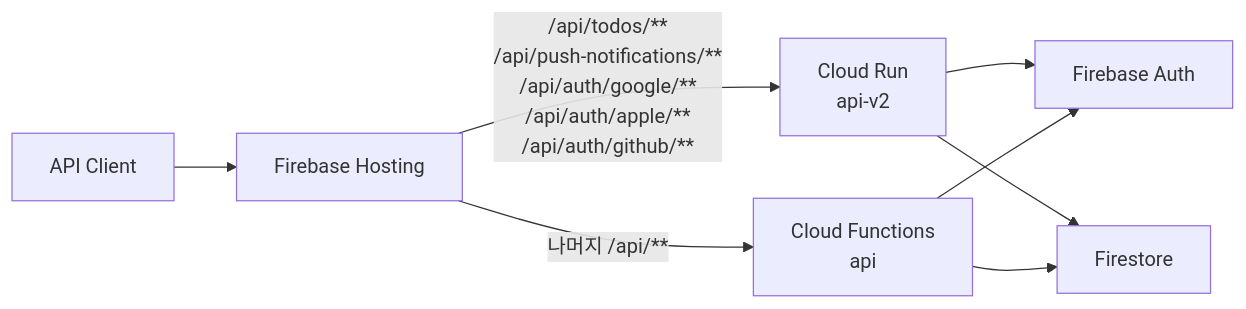
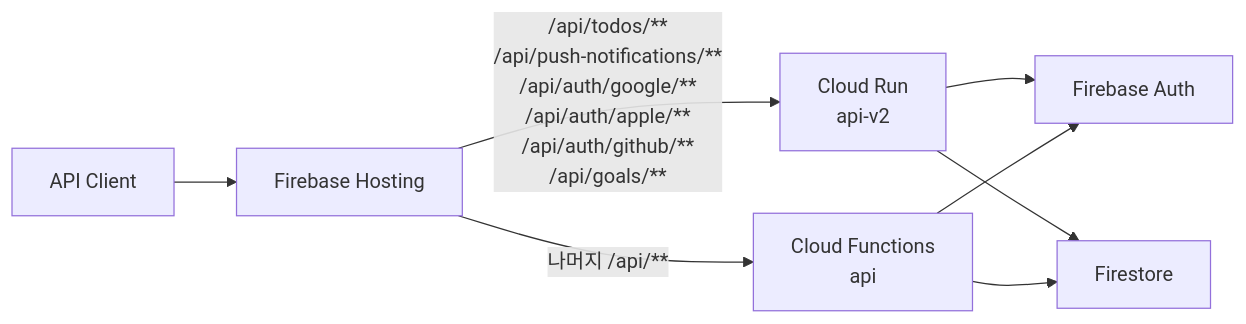
Before and after one commit to DevLog-Labs/Firebase: the diagram in README.md, drawn with Mermaid. The commit also changed other lines of this file and 22 other files, not shown here.

````diff
--- a/README.md
+++ b/README.md
@@ -17,10 +17,10 @@
 ```mermaid
 flowchart LR
 	Client["API Client"] --> Hosting["Firebase Hosting"]
-	Hosting -->|"/api/todos/**<br/>/api/push-notifications/**<br/>/api/auth/google/**<br/>/api/auth/apple/**<br/>/api/auth/github/**"| CloudRun["Cloud Run<br/>api-v2"]
+	Hosting -->|"/api/todos/**<br/>/api/push-notifications/**<br/>/api/auth/google/**<br/>/api/auth/apple/**<br/>/api/auth/github/**<br/>/api/goals/**"| CloudRun["Cloud Run<br/>api-v2"]
 	Hosting -->|"나머지 /api/**"| Functions["Cloud Functions<br/>api"]
 	CloudRun --> Auth["Firebase Auth"]
 	Functions --> Auth
 	CloudRun --> Firestore["Firestore"]
 	Functions --> Firestore
 ```
````
